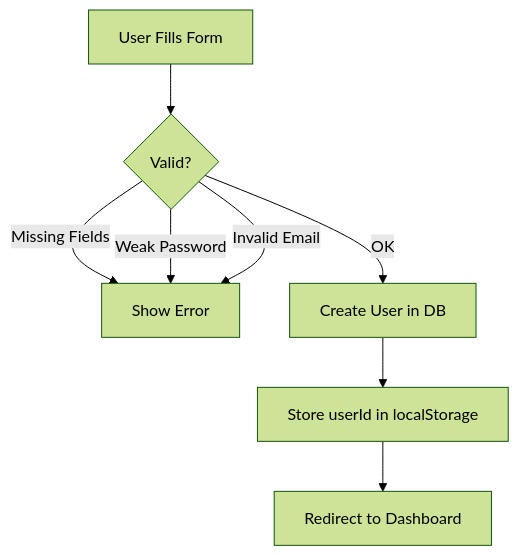
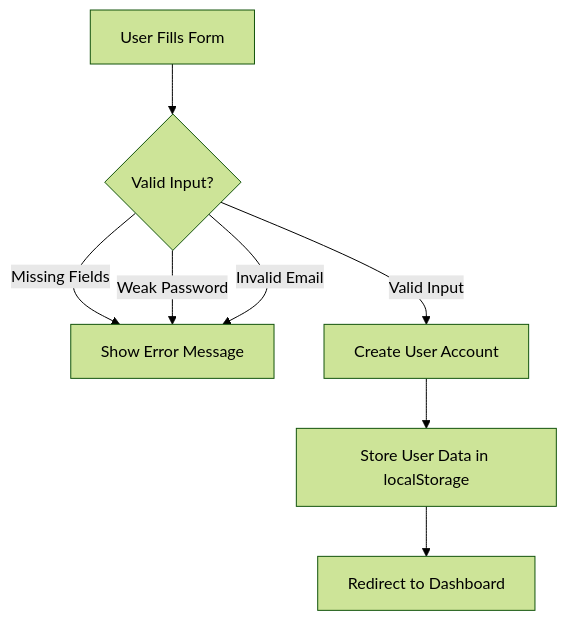
One commit to CapstoneDesign-Spring2026-UlsanCollege/Free_Sewaa changed the first of 2 diagrams in docs/AUTHENTICATION.md. Above: the diagram before and after it, drawn with Mermaid (forest theme). The commit also changed other lines of this file, not shown here.

````diff
--- a/docs/AUTHENTICATION.md
+++ b/docs/AUTHENTICATION.md
@@ -17,10 +26,10 @@
 ```mermaid
 flowchart TD
-    User[User Fills Form] --> Validate{Valid?}
-    Validate -->|Missing Fields| Error[Show Error]
+    User[User Fills Form] --> Validate{Valid Input?}
+    Validate -->|Missing Fields| Error[Show Error Message]
     Validate -->|Weak Password| Error
     Validate -->|Invalid Email| Error
-    Validate -->|OK| Create[Create User in DB]
-    Create --> Store[Store userId in localStorage]
+    Validate -->|Valid Input| Create[Create User Account]
+    Create --> Store[Store User Data in localStorage]
     Store --> Redirect[Redirect to Dashboard]
 ```
````
